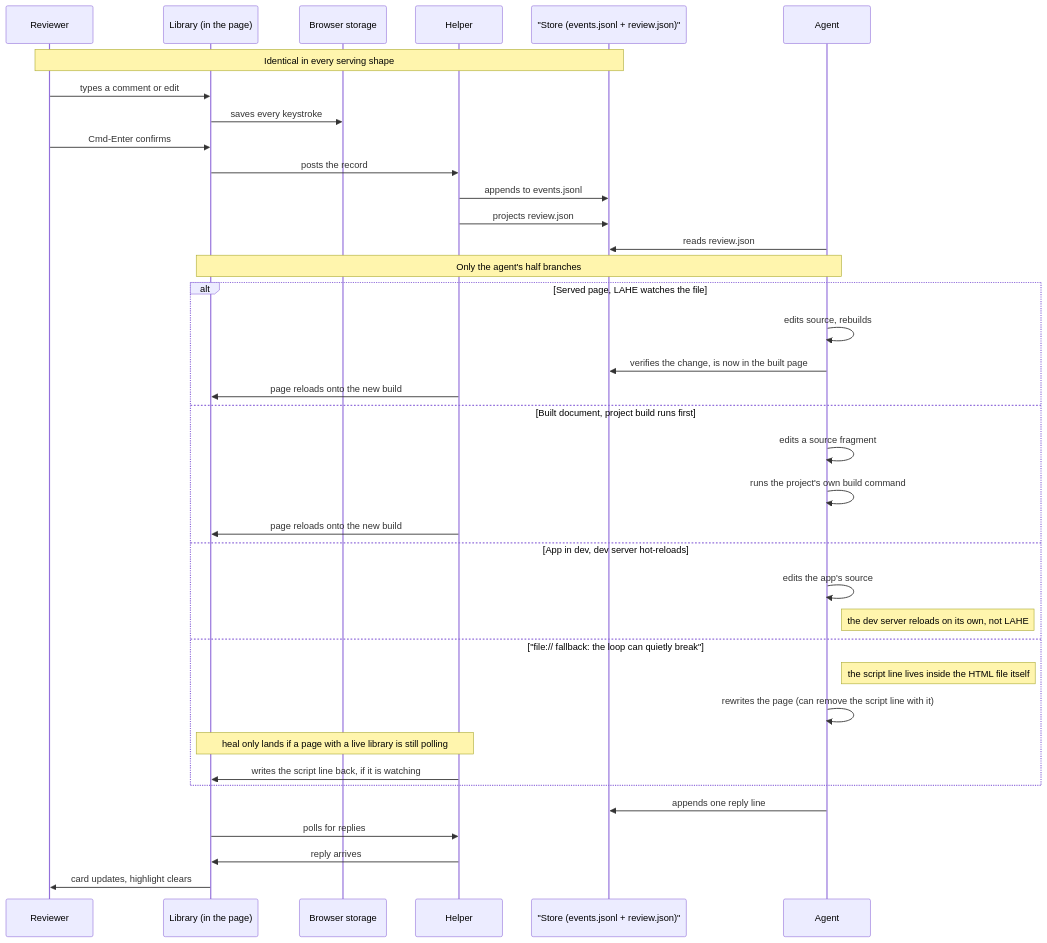
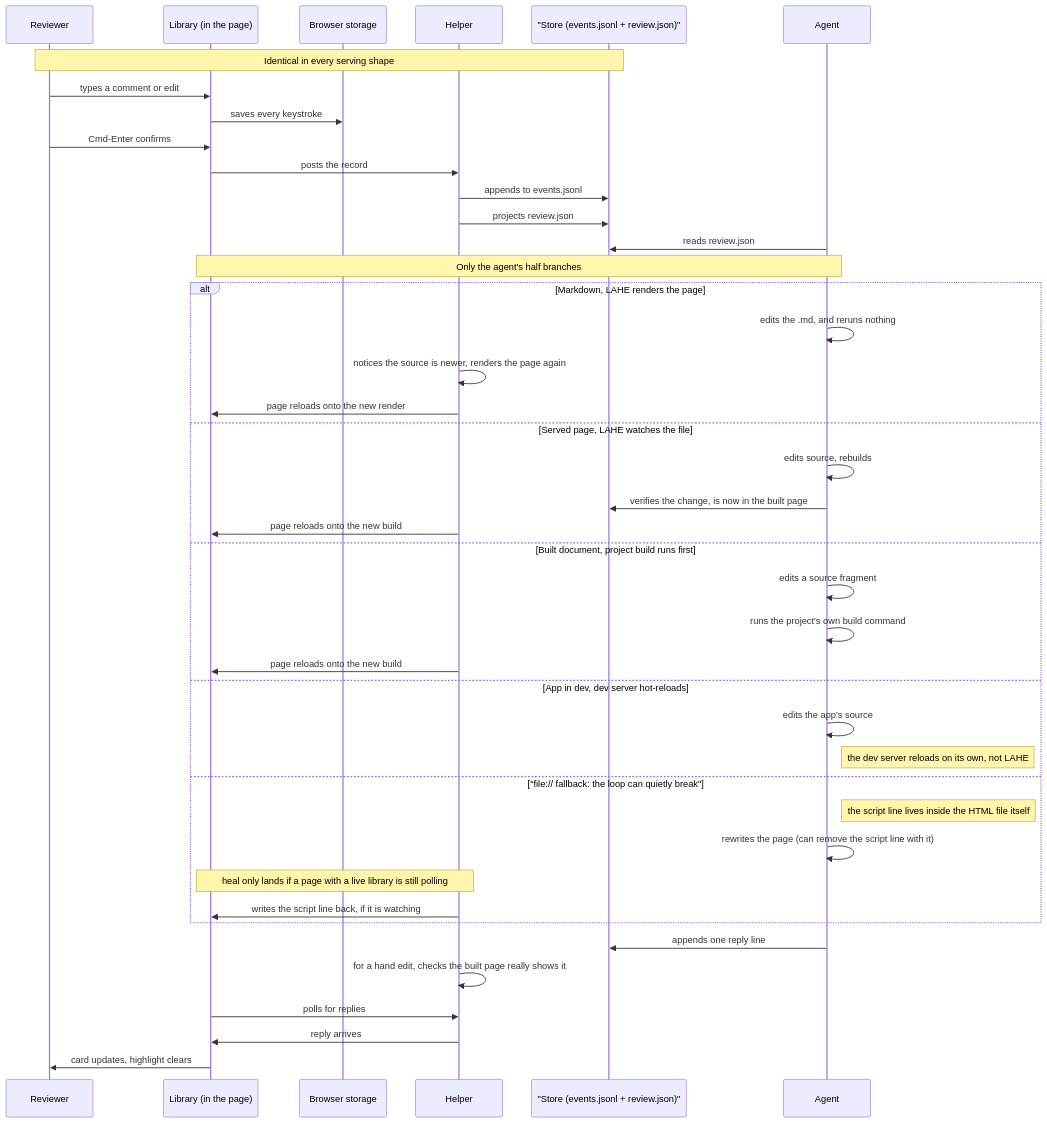
Before and after one commit to kenxle/live-agentic-html-editor: the diagram in docs/diagrams/review_round_trip.md, drawn with Mermaid. The commit also changed other lines of this file and 1 other file, not shown here.

First line of the commit message:
Draw the two diagrams the way the loop now runs

````diff
--- a/docs/diagrams/review_round_trip.md
+++ b/docs/diagrams/review_round_trip.md
@@ -8,44 +8,49 @@
 ```mermaid
 sequenceDiagram
     participant Rv as Reviewer
     participant Lib as Library (in the page)
     participant Br as Browser storage
     participant Hp as Helper
     participant St as "Store (events.jsonl + review.json)"
     participant Ag as Agent
 
     Note over Rv,St: Identical in every serving shape
 
     Rv->>Lib: types a comment or edit
     Lib->>Br: saves every keystroke
     Rv->>Lib: Cmd-Enter confirms
     Lib->>Hp: posts the record
     Hp->>St: appends to events.jsonl
     Hp->>St: projects review.json
     Ag->>St: reads review.json
 
     Note over Ag,Lib: Only the agent's half branches
 
-    alt Served page, LAHE watches the file
+    alt Markdown, LAHE renders the page
+        Ag->>Ag: edits the .md, and reruns nothing
+        Hp->>Hp: notices the source is newer, renders the page again
+        Hp->>Lib: page reloads onto the new render
+    else Served page, LAHE watches the file
         Ag->>Ag: edits source, rebuilds
         Ag->>St: verifies the change, is now in the built page
         Hp->>Lib: page reloads onto the new build
     else Built document, project build runs first
         Ag->>Ag: edits a source fragment
         Ag->>Ag: runs the project's own build command
         Hp->>Lib: page reloads onto the new build
     else App in dev, dev server hot-reloads
         Ag->>Ag: edits the app's source
         Note right of Ag: the dev server reloads on its own, not LAHE
     else "file:// fallback: the loop can quietly break"
         Note right of Ag: the script line lives inside the HTML file itself
         Ag->>Ag: rewrites the page (can remove the script line with it)
         Note over Hp,Lib: heal only lands if a page with a live library is still polling
         Hp->>Lib: writes the script line back, if it is watching
     end
 
     Ag->>St: appends one reply line
+    Hp->>Hp: for a hand edit, checks the built page really shows it
     Lib->>Hp: polls for replies
     Hp->>Lib: reply arrives
     Lib->>Rv: card updates, highlight clears
 ```
````
